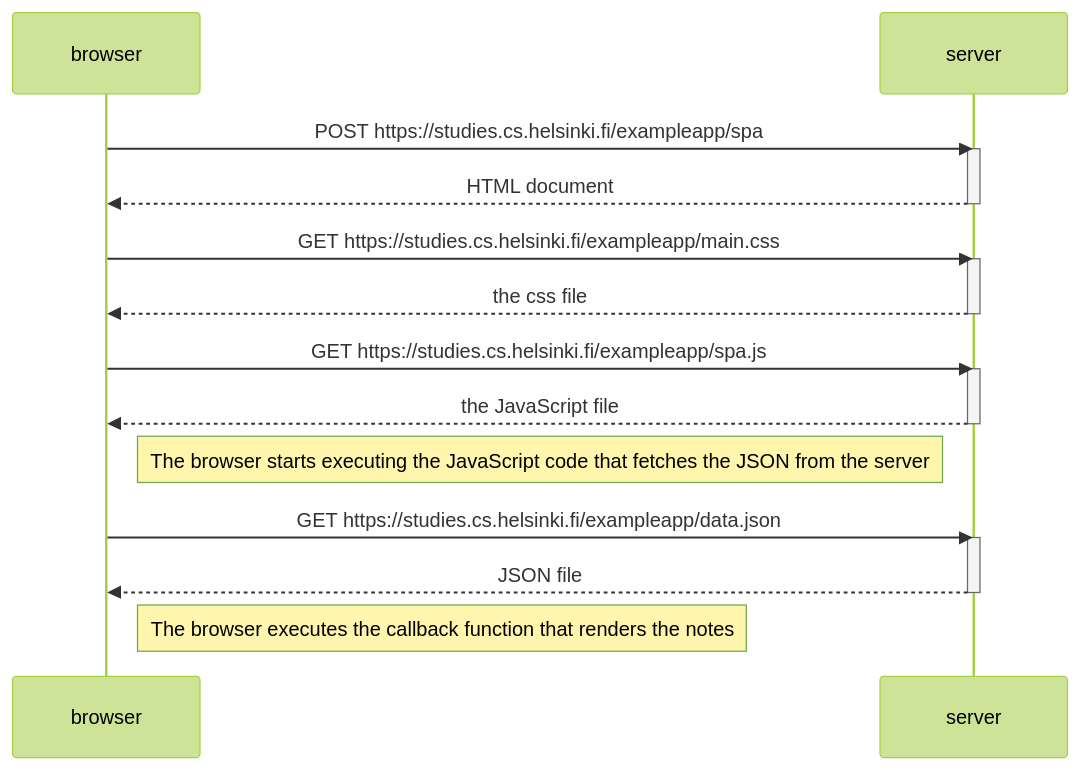
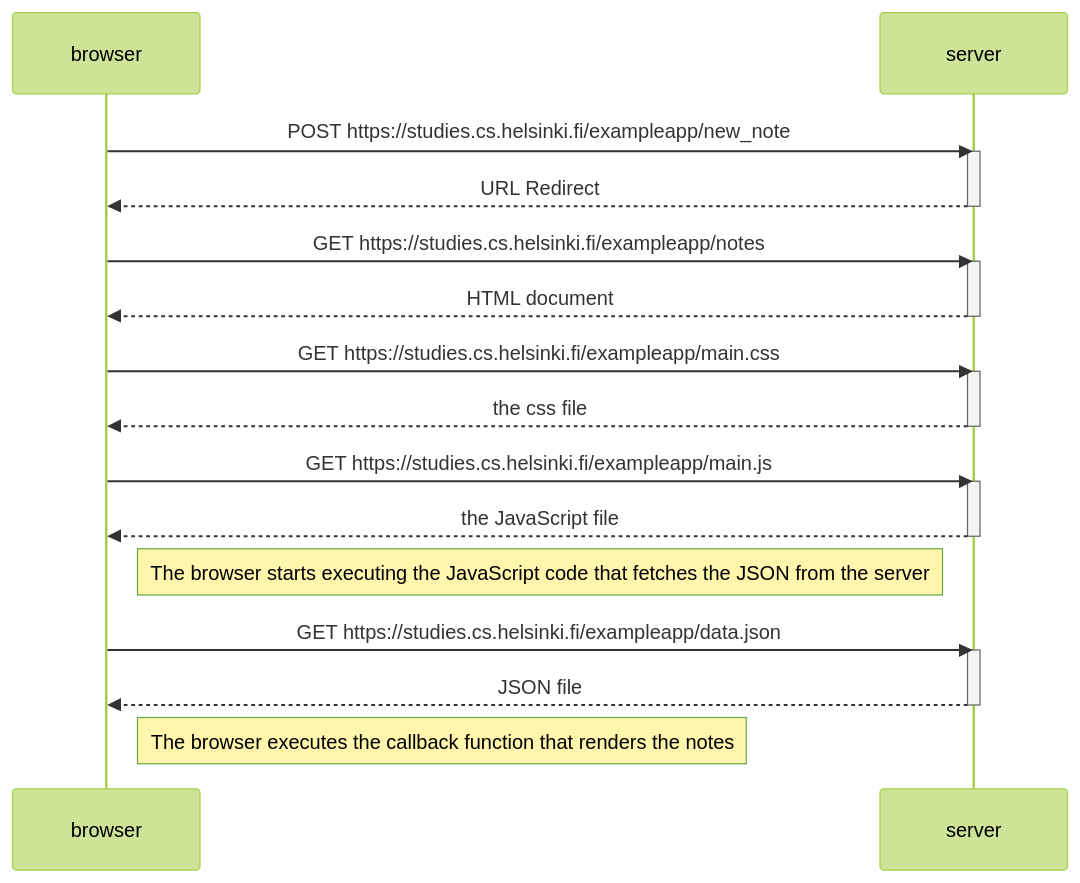
One commit to HazYa56/Full-stack-open changed the diagram in part0/Exercise-0.4.md. Above: the diagram before and after it, drawn with Mermaid (forest theme). The commit also changed 8 other files, not shown here.

````diff
--- a/part0/Exercise-0.4.md
+++ b/part0/Exercise-0.4.md
@@ -1,27 +1,32 @@
 ```mermaid
 sequenceDiagram
     participant browser
     participant server
 
-    browser->>server: POST https://studies.cs.helsinki.fi/exampleapp/spa
+    browser->>server: POST https://studies.cs.helsinki.fi/exampleapp/new_note
+    activate server
+    server-->>browser: URL Redirect
+    deactivate server
+
+    browser->>server: GET https://studies.cs.helsinki.fi/exampleapp/notes
     activate server
     server-->>browser: HTML document
     deactivate server
 
     browser->>server: GET https://studies.cs.helsinki.fi/exampleapp/main.css
     activate server
     server-->>browser: the css file
     deactivate server
 
-    browser->>server: GET https://studies.cs.helsinki.fi/exampleapp/spa.js
+    browser->>server: GET https://studies.cs.helsinki.fi/exampleapp/main.js
     activate server
     server-->>browser: the JavaScript file
     deactivate server
     Note right of browser: The browser starts executing the JavaScript code that fetches the JSON from the server
 
     browser->>server: GET https://studies.cs.helsinki.fi/exampleapp/data.json
     activate server
     server-->>browser: JSON file
     deactivate server
     Note right of browser: The browser executes the callback function that renders the notes
 ```
````
